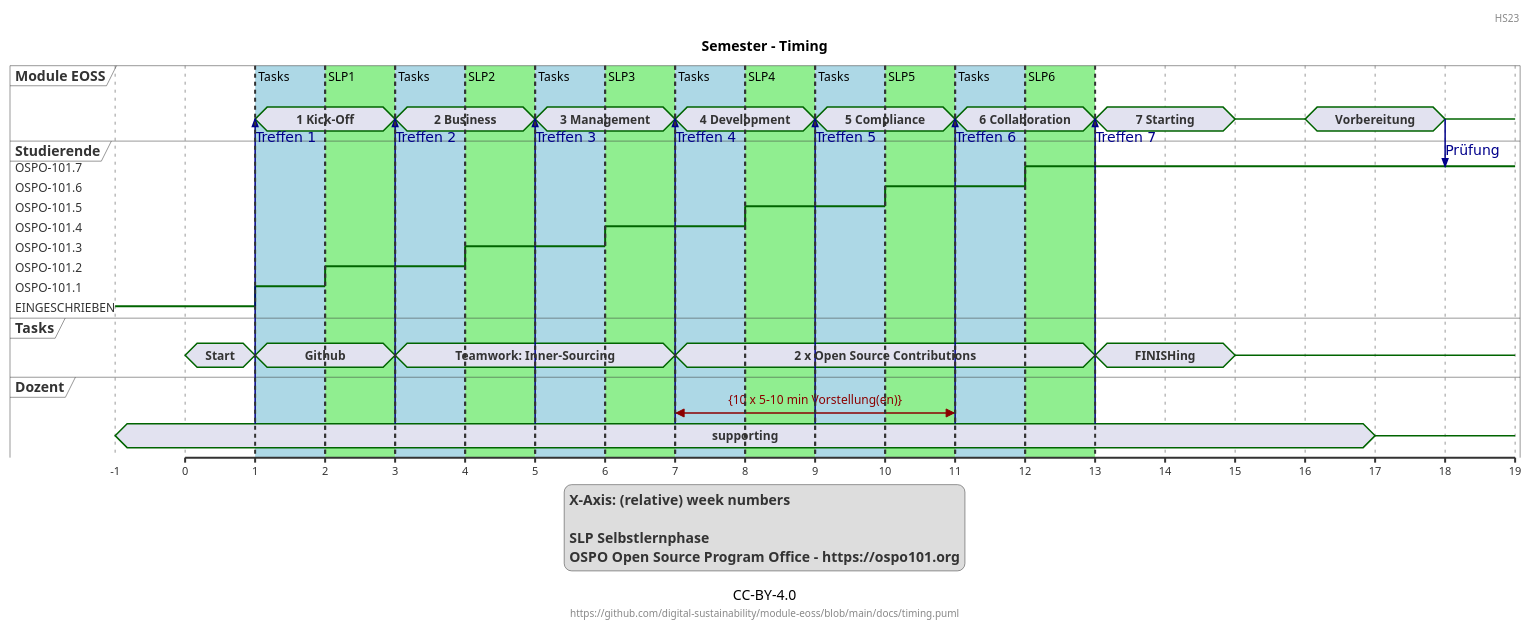
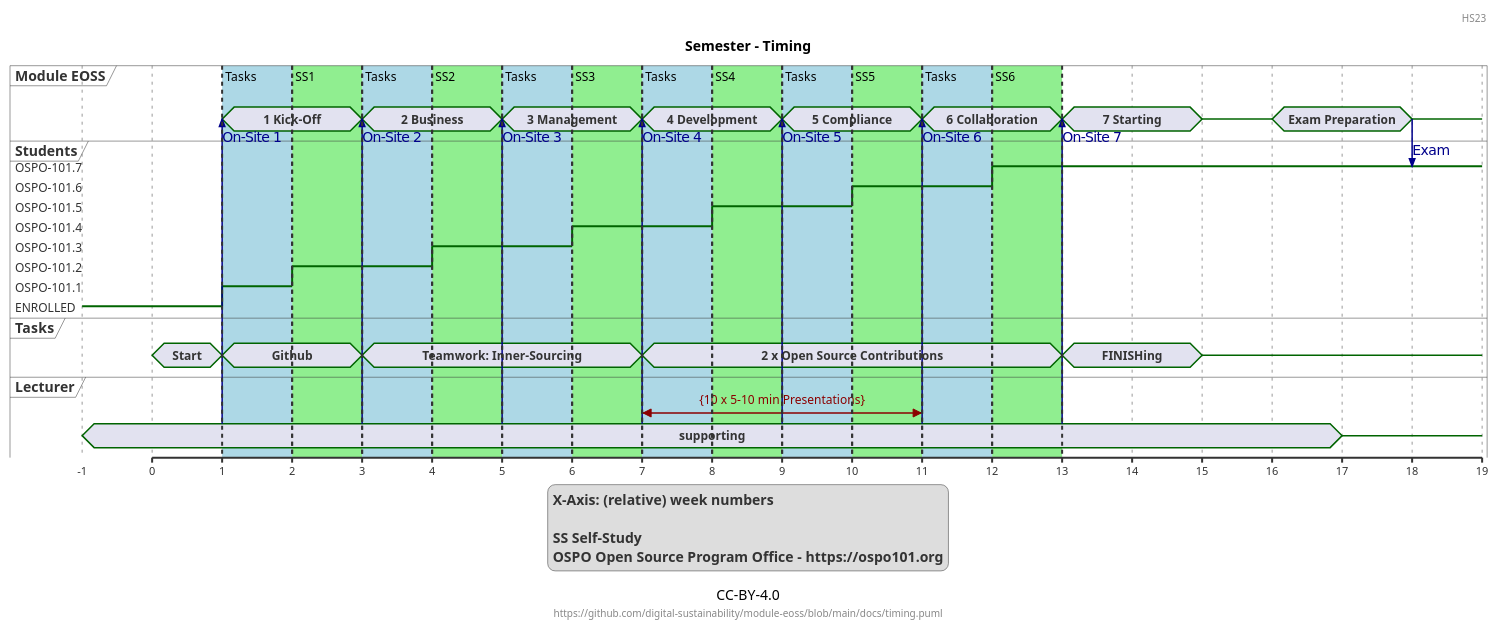
The diagram in docs/timing.puml (digital-sustainability/module-eoss), drawn with PlantUML before and after one commit.

Commit message:
DE > EN (3)

```diff
--- a/docs/timing.puml
+++ b/docs/timing.puml
@@ -1,109 +1,109 @@
 @startuml
 Title Semester - Timing
 header: HS23
 footer: "https://github.com/digital-sustainability/module-eoss/blob/main/docs/timing.puml"
 caption CC-BY-4.0
 
 legend
 X-Axis: (relative) week numbers
 
-SLP Selbstlernphase
+SS Self-Study
 OSPO Open Source Program Office - https://ospo101.org
 end legend
 
 concise "Module EOSS" as eoss
-robust "Studierende" as studi
+robust "Students" as students
 concise "Tasks" as tasks
-concise "Dozent" as dozent
+concise "Lecturer" as lecturer
 scale 1 as 70 pixels
 
 @-1
-studi is EINGESCHRIEBEN
-dozent is supporting
+students is ENROLLED
+lecturer is supporting
 
 @+1
 tasks is Start
 
 @1
-dozent -> eoss: Treffen 1
+lecturer -> eoss: On-Site 1
 eoss is "1 Kick-Off"
 tasks is Github
-studi is OSPO-101.1
+students is OSPO-101.1
 
 @+1
-studi is OSPO-101.2
+students is OSPO-101.2
 
 @+1
-dozent -> eoss: Treffen 2
+lecturer -> eoss: On-Site 2
 eoss is "2 Business"
 tasks is "Teamwork: Inner-Sourcing"
-@7 <-> @11 : {10 x 5-10 min Vorstellung(en)}
+@7 <-> @11 : {10 x 5-10 min Presentations}
 
 @+1
-studi is OSPO-101.3
+students is OSPO-101.3
 
 @+1
-dozent -> eoss: Treffen 3
+lecturer -> eoss: On-Site 3
 eoss is "3 Management"
 
 @+1
-studi is OSPO-101.4
+students is OSPO-101.4
 
 @+1
-dozent -> eoss: Treffen 4
+lecturer -> eoss: On-Site 4
 eoss is "4 Development"
 tasks is "2 x Open Source Contributions"
 
 @+1
-studi is OSPO-101.5
+students is OSPO-101.5
 
 @+1
-dozent -> eoss: Treffen 5
+lecturer -> eoss: On-Site 5
 eoss is "5 Compliance"
 
 @+1
-studi is OSPO-101.6
+students is OSPO-101.6
 
 @+1
-dozent -> eoss: Treffen 6
+lecturer -> eoss: On-Site 6
 eoss is "6 Collaboration"
 
 @+1
-studi is OSPO-101.7
+students is OSPO-101.7
 
 @+1
-dozent -> eoss: Treffen 7
+lecturer -> eoss: On-Site 7
 eoss is "7 Starting"
 tasks is FINISHing
 
 @+1
 
 @+1
 eoss is {-}
 tasks is {-}
 
 @+1
-eoss is Vorbereitung
+eoss is "Exam Preparation"
 
 @+1
-dozent is {-}
+lecturer is {-}
 
 @+1
-eoss -> studi: Prüfung
+eoss -> students: Exam
 eoss is {-}
 
-highlight 2 to 3 #lightgreen : SLP1
-highlight 4 to 5 #lightgreen : SLP2
-highlight 6 to 7 #lightgreen : SLP3
-highlight 8 to 9 #lightgreen : SLP4
-highlight 10 to 11 #lightgreen : SLP5
-highlight 12 to 13 #lightgreen : SLP6
+highlight 2 to 3 #lightgreen : SS1
+highlight 4 to 5 #lightgreen : SS2
+highlight 6 to 7 #lightgreen : SS3
+highlight 8 to 9 #lightgreen : SS4
+highlight 10 to 11 #lightgreen : SS5
+highlight 12 to 13 #lightgreen : SS6
 
 highlight 1 to 2 #lightblue : Tasks
 highlight 3 to 4 #lightblue : Tasks
 highlight 5 to 6 #lightblue : Tasks
 highlight 7 to 8 #lightblue : Tasks
 highlight 9 to 10 #lightblue : Tasks
 highlight 11 to 12 #lightblue : Tasks
 
 @enduml
```
